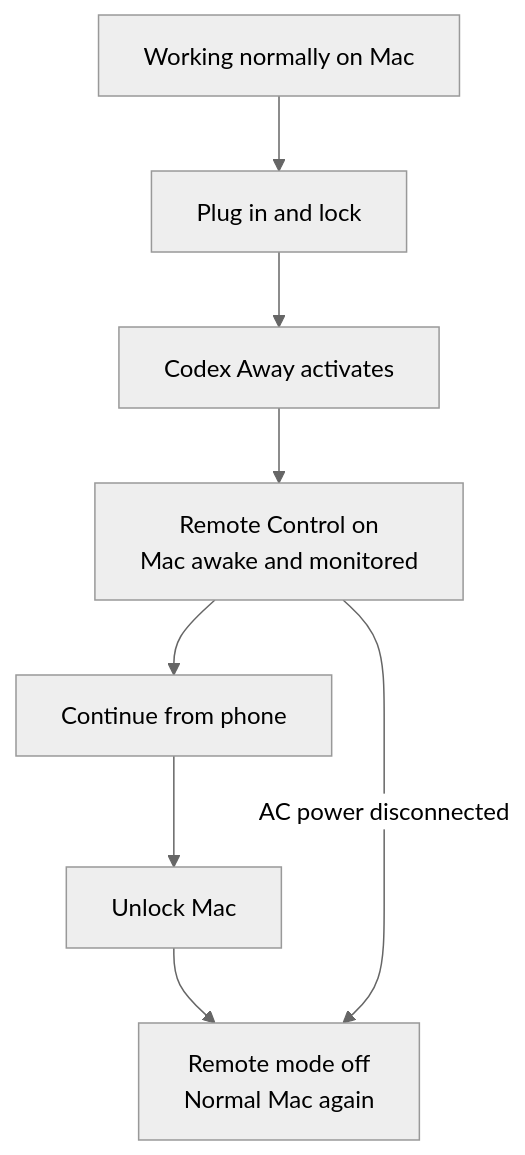
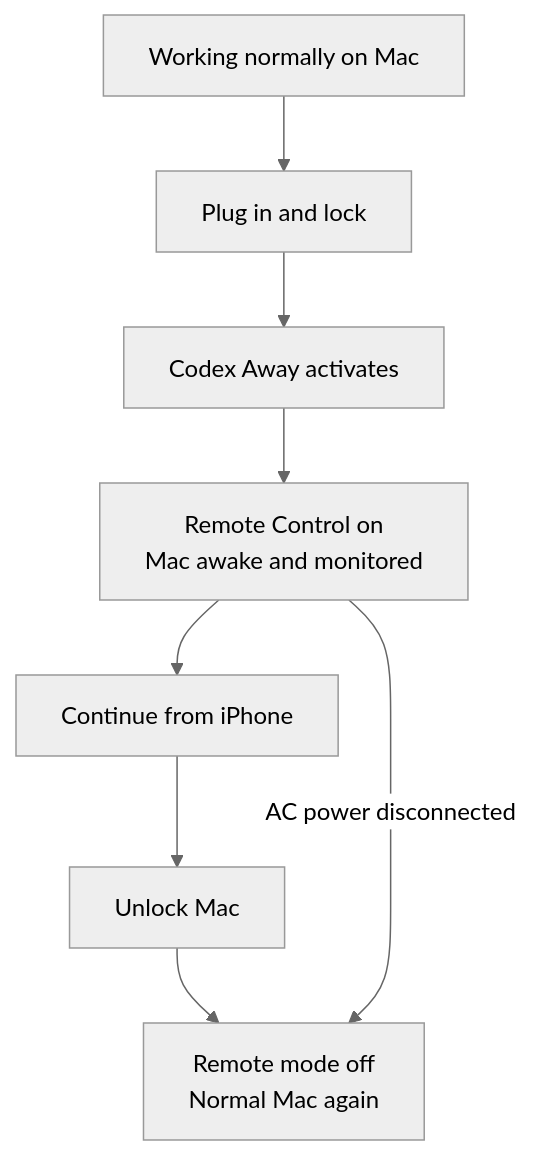
Before and after one commit to akibrhast/codex-away: the diagram in README.md, drawn with Mermaid (neutral theme). The commit also changed other lines of this file, not shown here.

Commit message:
Document iPhone-only Remote support

````diff
--- a/README.md
+++ b/README.md
@@ -42,10 +47,10 @@
 ```mermaid
 flowchart TD
     A[Working normally on Mac] --> B[Plug in and lock]
     B --> C[Codex Away activates]
     C --> D[Remote Control on<br/>Mac awake and monitored]
-    D --> E[Continue from phone]
+    D --> E[Continue from iPhone]
     E --> F[Unlock Mac]
     F --> G[Remote mode off<br/>Normal Mac again]
     D -->|AC power disconnected| G
 ```
````
